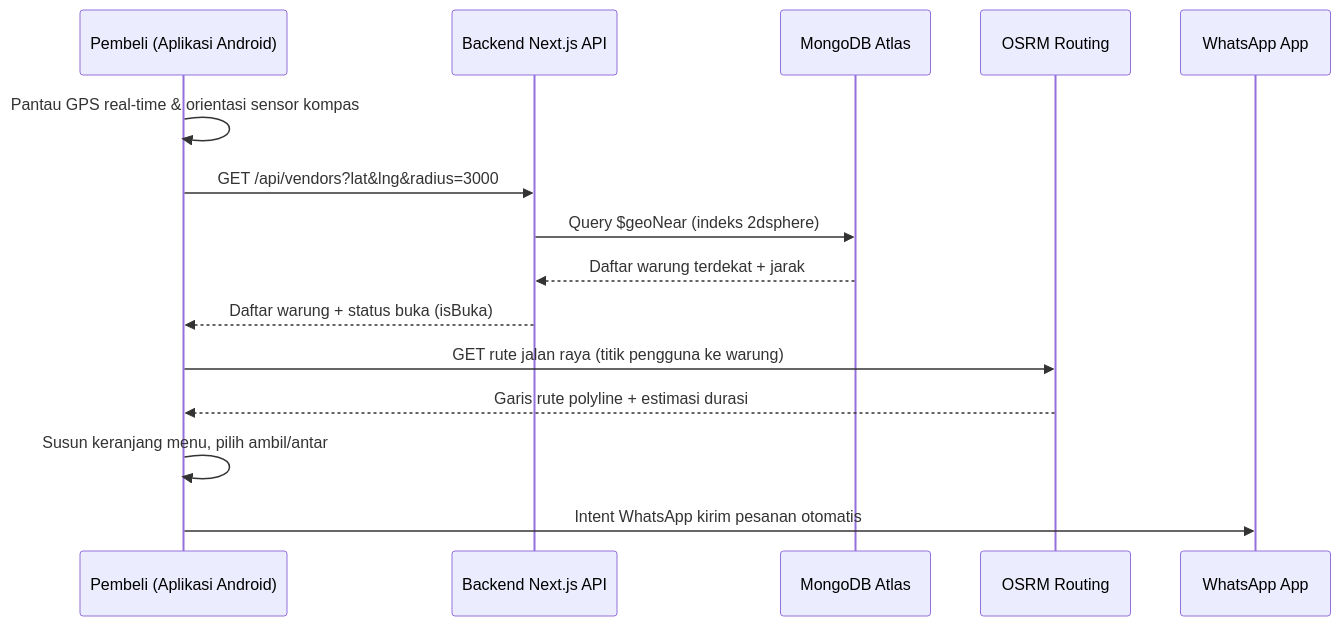
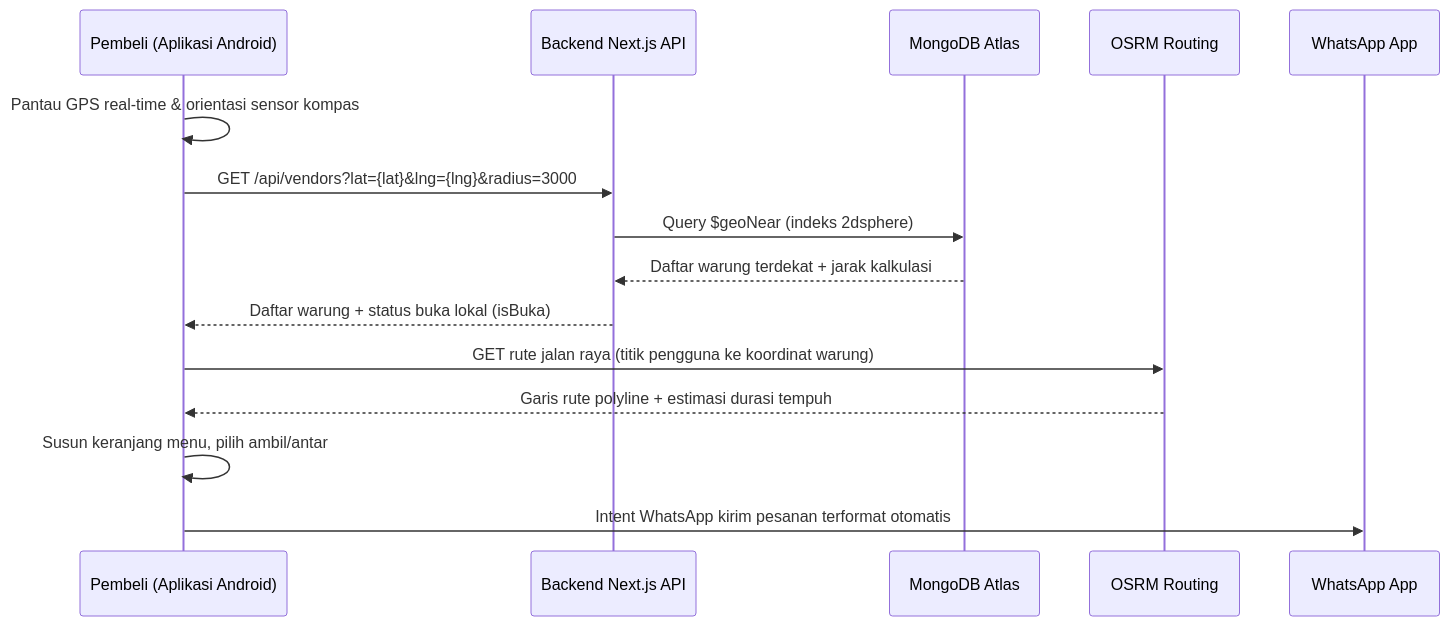
Before and after one commit to nikd7690-ops/web-cari-jajan: the second of 3 diagrams in README.md, drawn with Mermaid. The commit also changed other lines of this file, not shown here.

Commit message:
docs: complete technical, frontend, backend schema, and localhost guide

````diff
--- a/README.md
+++ b/README.md
@@ -185,18 +160,18 @@
 ```mermaid
 sequenceDiagram
   participant B as Pembeli (Aplikasi Android)
   participant N as Backend Next.js API
   participant DB as MongoDB Atlas
   participant RO as OSRM Routing
   participant WA as WhatsApp App
 
   B->>B: Pantau GPS real-time & orientasi sensor kompas
-  B->>N: GET /api/vendors?lat&lng&radius=3000
+  B->>N: GET /api/vendors?lat={lat}&lng={lng}&radius=3000
   N->>DB: Query $geoNear (indeks 2dsphere)
-  DB-->>N: Daftar warung terdekat + jarak
-  N-->>B: Daftar warung + status buka (isBuka)
-  B->>RO: GET rute jalan raya (titik pengguna ke warung)
-  RO-->>B: Garis rute polyline + estimasi durasi
+  DB-->>N: Daftar warung terdekat + jarak kalkulasi
+  N-->>B: Daftar warung + status buka lokal (isBuka)
+  B->>RO: GET rute jalan raya (titik pengguna ke koordinat warung)
+  RO-->>B: Garis rute polyline + estimasi durasi tempuh
   B->>B: Susun keranjang menu, pilih ambil/antar
-  B->>WA: Intent WhatsApp kirim pesanan otomatis
+  B->>WA: Intent WhatsApp kirim pesanan terformat otomatis
 ```
````
